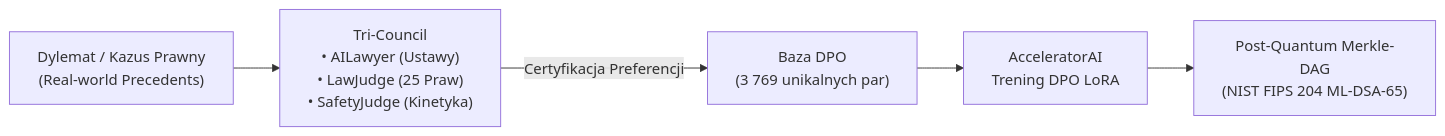
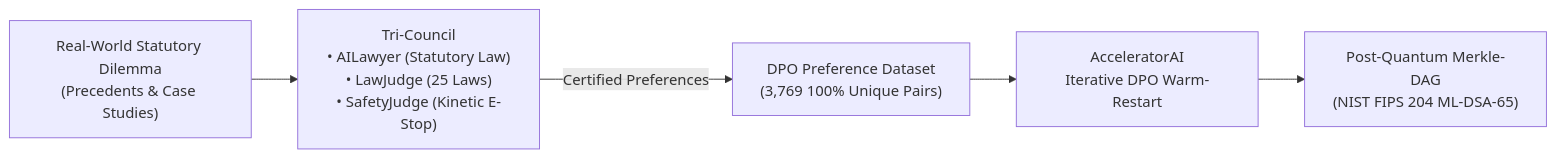
The diagram in README.md (V1B3hR/nethical), drawn with Mermaid before and after one commit. The commit also changed other lines of this file and 34 other files, not shown here.

````diff
--- a/README.md
+++ b/README.md
@@ -125,7 +125,7 @@
 ```mermaid
 flowchart LR
-    A["Dylemat / Kazus Prawny\n(Real-world Precedents)"] --> B["Tri-Council\n• AILawyer (Ustawy)\n• LawJudge (25 Praw)\n• SafetyJudge (Kinetyka)"]
-    B -->|Certyfikacja Preferencji| C["Baza DPO\n(3 769 unikalnych par)"]
-    C --> D["AcceleratorAI\nTrening DPO LoRA"]
+    A["Real-World Statutory Dilemma\n(Precedents & Case Studies)"] --> B["Tri-Council\n• AILawyer (Statutory Law)\n• LawJudge (25 Laws)\n• SafetyJudge (Kinetic E-Stop)"]
+    B -->|Certified Preferences| C["DPO Preference Dataset\n(3,769 100% Unique Pairs)"]
+    C --> D["AcceleratorAI\nIterative DPO Warm-Restart"]
     D --> E["Post-Quantum Merkle-DAG\n(NIST FIPS 204 ML-DSA-65)"]
 ```
````
